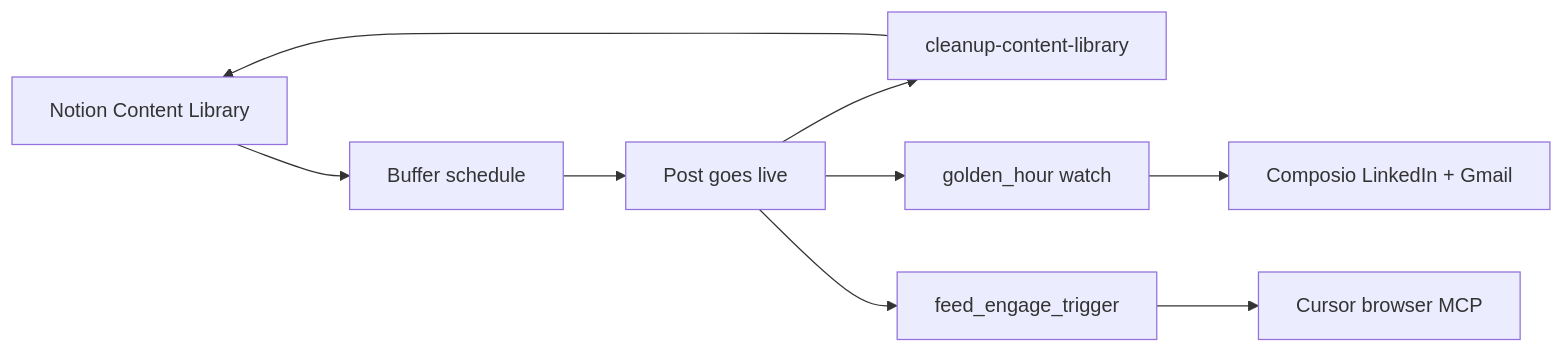
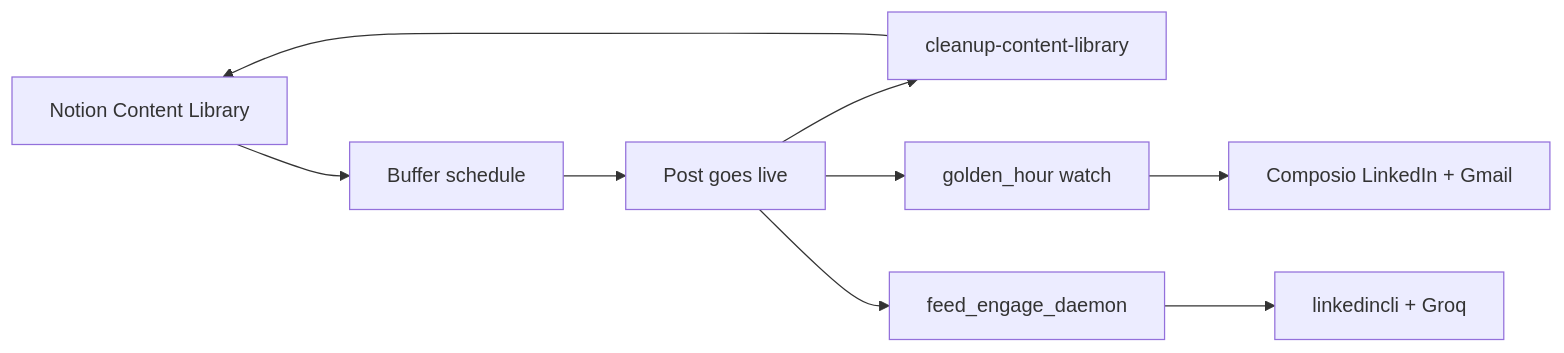
One commit to ItsRRM97/LinkedIn-Automation changed the diagram in README.md. Above: the diagram before and after it, drawn with Mermaid. The commit also changed other lines of this file and 36 other files, not shown here.

First line of the commit message:
Add hands-off feed engage daemon with Buffer windows and Composio posting.

````diff
--- a/README.md
+++ b/README.md
@@ -20,11 +20,11 @@
 ```mermaid
 flowchart LR
   Notion[Notion Content Library] --> Buffer[Buffer schedule]
   Buffer --> Live[Post goes live]
   Live --> Sync[cleanup-content-library]
   Live --> GH[golden_hour watch]
-  Live --> FE[feed_engage_trigger]
+  Live --> FE[feed_engage_daemon]
   Sync --> Notion
   GH --> Composio[Composio LinkedIn + Gmail]
-  FE --> Browser[Cursor browser MCP]
+  FE --> CLI[linkedincli + Groq]
 ```
````
